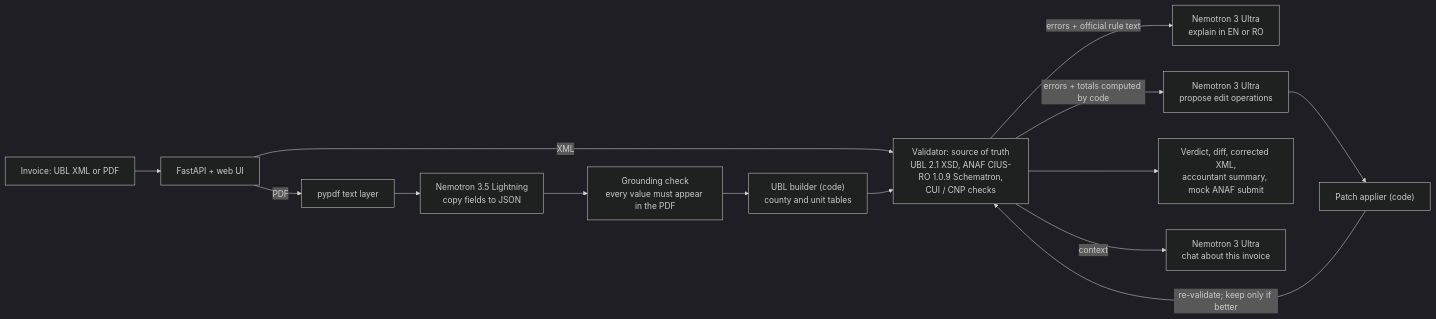
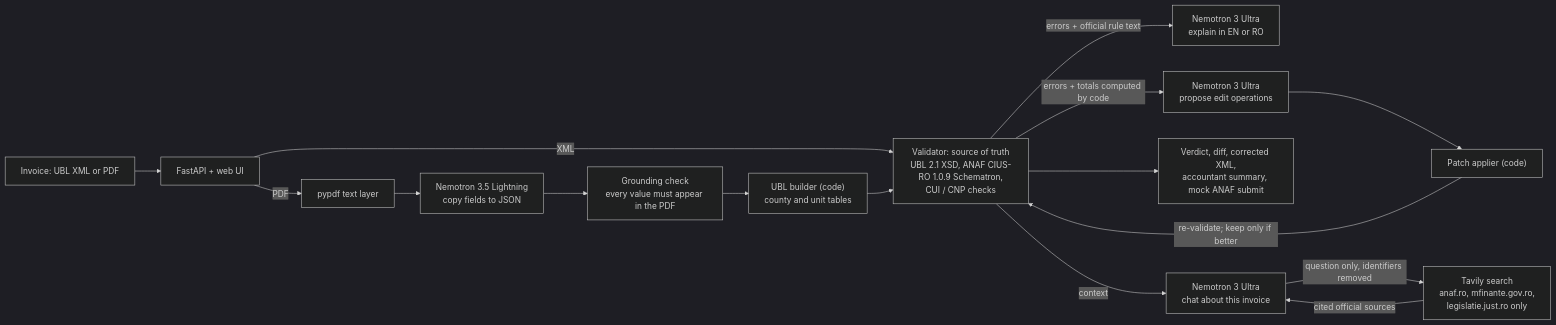
One commit to agbozo1/FacturaGuard changed the diagram in README.md. Above: the diagram before and after it, drawn with Mermaid (dark theme). The commit also changed other lines of this file and 15 other files, not shown here.

First line of the commit message:
Tavily: assistant answers from official sources with citations, ANAF rule-update check

````diff
--- a/README.md
+++ b/README.md
@@ -43,16 +43,18 @@
 ```mermaid
 flowchart LR
     U["Invoice: UBL XML or PDF"] --> API["FastAPI + web UI"]
     API -- PDF --> TXT["pypdf text layer"]
     TXT --> EX["Nemotron 3.5 Lightning<br/>copy fields to JSON"]
     EX --> GR["Grounding check<br/>every value must appear in the PDF"]
     GR --> BLD["UBL builder (code)<br/>county and unit tables"]
     API -- XML --> VAL
     BLD --> VAL["Validator: source of truth<br/>UBL 2.1 XSD, ANAF CIUS-RO 1.0.9 Schematron,<br/>CUI / CNP checks"]
     VAL -- "errors + official rule text" --> EXP["Nemotron 3 Ultra<br/>explain in EN or RO"]
     VAL -- "errors + totals computed by code" --> REP["Nemotron 3 Ultra<br/>propose edit operations"]
     REP --> PATCH["Patch applier (code)"]
     PATCH -- "re-validate; keep only if better" --> VAL
     VAL --> OUT["Verdict, diff, corrected XML,<br/>accountant summary, mock ANAF submit"]
     VAL -- "context" --> CHAT["Nemotron 3 Ultra<br/>chat about this invoice"]
+    CHAT -- "question only, identifiers removed" --> TAV["Tavily search<br/>anaf.ro, mfinante.gov.ro,<br/>legislatie.just.ro only"]
+    TAV -- "cited official sources" --> CHAT
 ```
````
